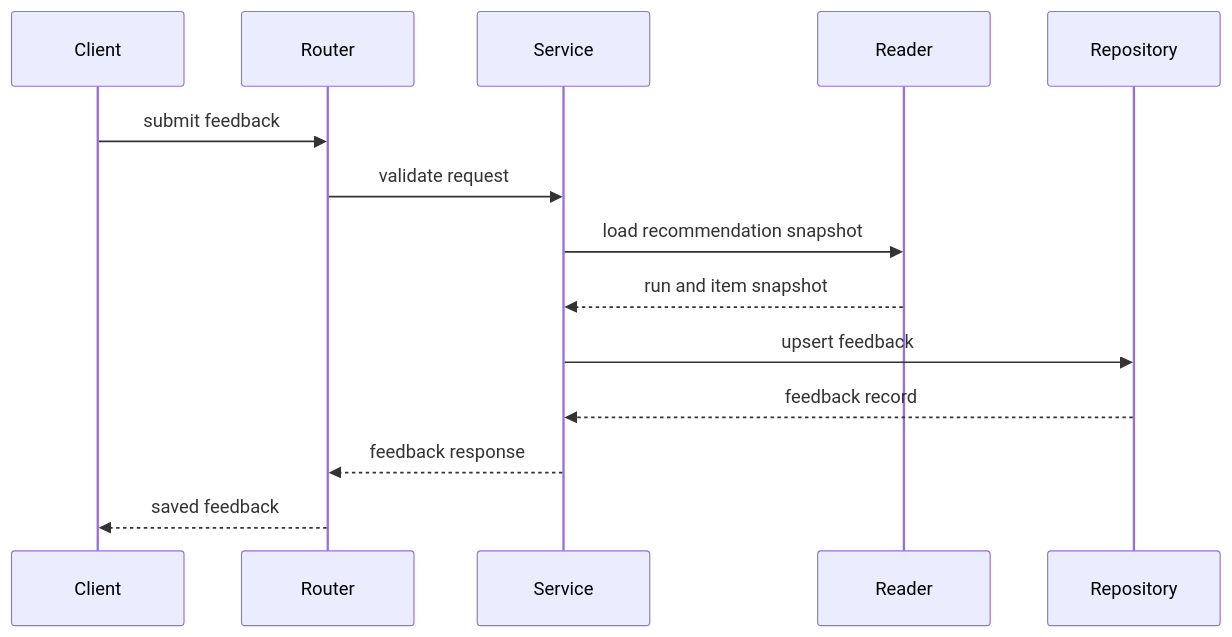
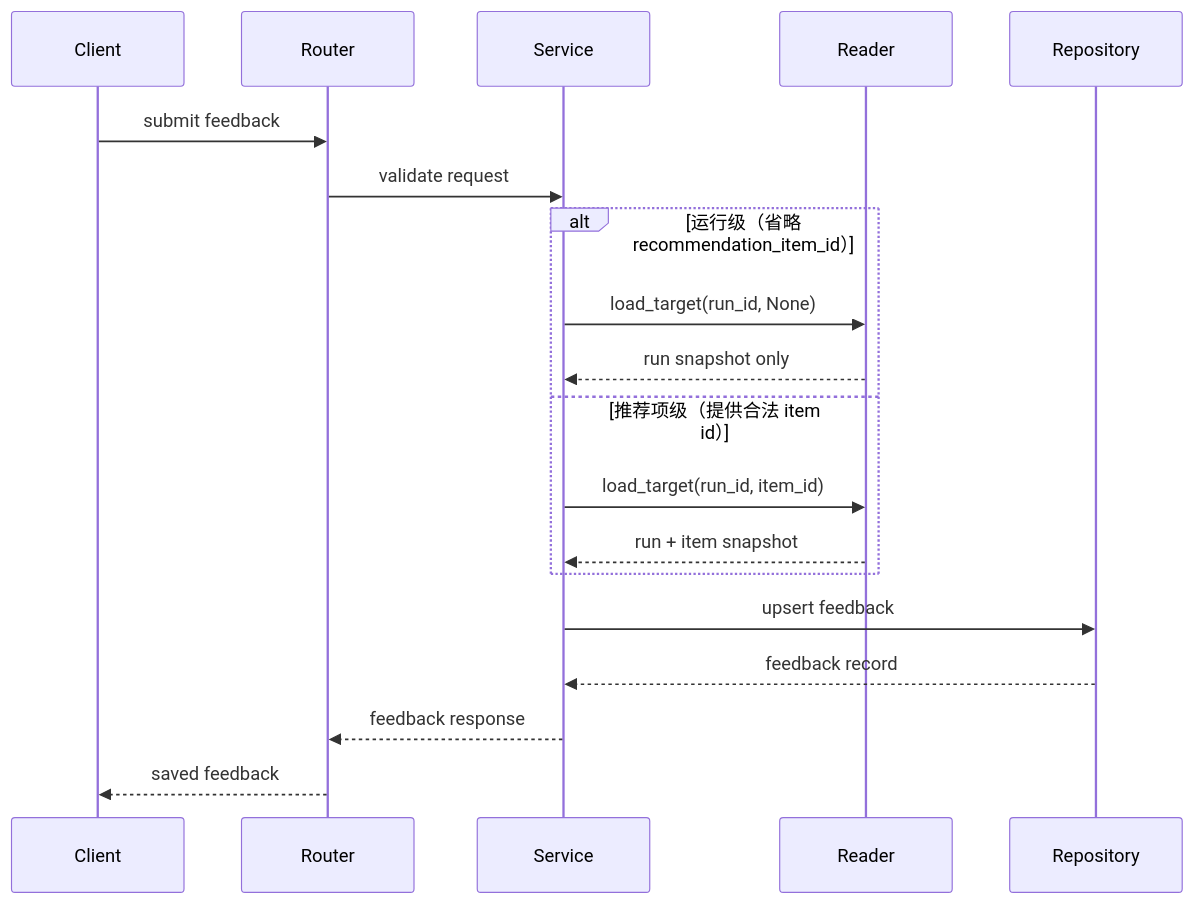
Before and after one commit to aierdong/a3-cbr: the second of 5 diagrams in .kiro/specs/recommendation-feedback/design.md, drawn with Mermaid. The commit also changed other lines of this file and 41 other files, not shown here.

````diff
--- a/.kiro/specs/recommendation-feedback/design.md
+++ b/.kiro/specs/recommendation-feedback/design.md
@@ -137,16 +136,21 @@
 ```mermaid
 sequenceDiagram
     participant Client
     participant Router
     participant Service
     participant Reader
     participant Repository
     Client->>Router: submit feedback
     Router->>Service: validate request
-    Service->>Reader: load recommendation snapshot
-    Reader-->>Service: run and item snapshot
+    alt 运行级（省略 recommendation_item_id）
+        Service->>Reader: load_target(run_id, None)
+        Reader-->>Service: run snapshot only
+    else 推荐项级（提供合法 item id）
+        Service->>Reader: load_target(run_id, item_id)
+        Reader-->>Service: run + item snapshot
+    end
     Service->>Repository: upsert feedback
     Repository-->>Service: feedback record
     Service-->>Router: feedback response
     Router-->>Client: saved feedback
 ```
````
